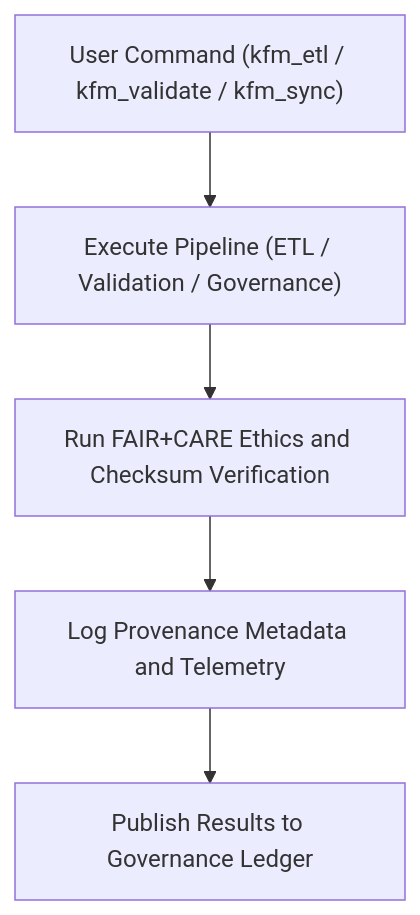
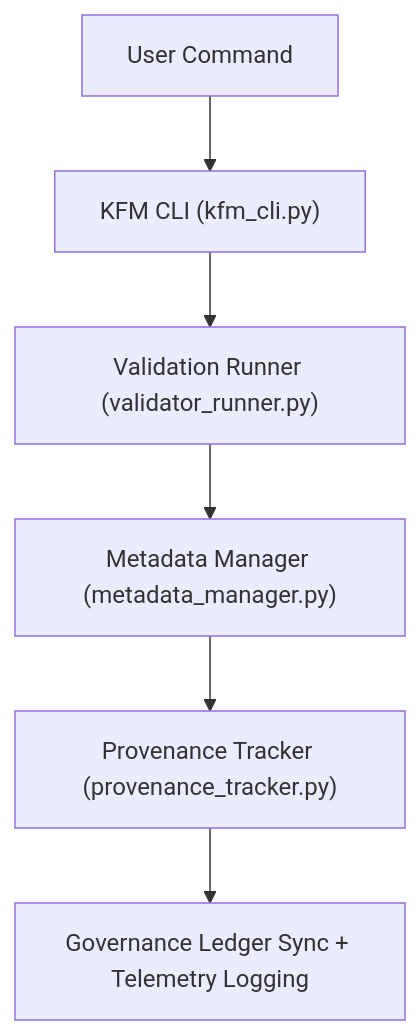
One commit to bartytime4life/Kansas-Frontier-Matrix changed the diagram in tools/cli/README.md. Above: the diagram before and after it, drawn with Mermaid. The commit also changed other lines of this file, not shown here.

First line of the commit message:
Revise README for CLI Tools to version 9.6.0

````diff
--- a/tools/cli/README.md
+++ b/tools/cli/README.md
@@ -69,7 +64,8 @@
 ```mermaid
 flowchart TD
-    A["User Command (kfm_etl / kfm_validate / kfm_sync)"] --> B["Execute Pipeline (ETL / Validation / Governance)"]
-    B --> C["Run FAIR+CARE Ethics and Checksum Verification"]
-    C --> D["Log Provenance Metadata and Telemetry"]
-    D --> E["Publish Results to Governance Ledger"]
+    A["User Command"] --> B["KFM CLI (kfm_cli.py)"]
+    B --> C["Validation Runner (validator_runner.py)"]
+    C --> D["Metadata Manager (metadata_manager.py)"]
+    D --> E["Provenance Tracker (provenance_tracker.py)"]
+    E --> F["Governance Ledger Sync + Telemetry Logging"]
 ```
````
